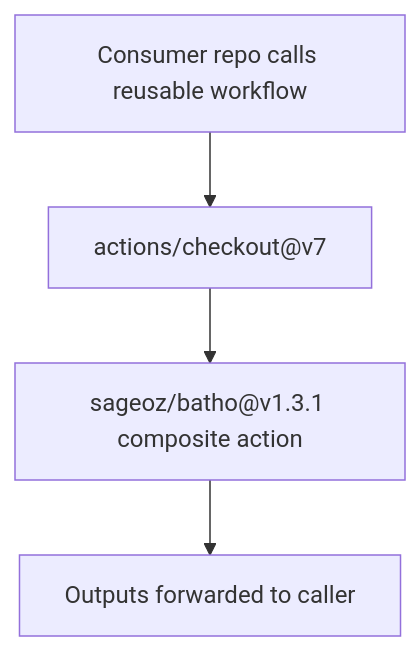
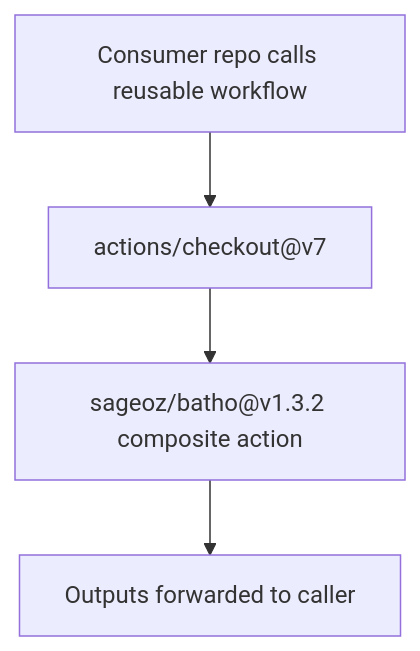
One commit to sageoz/Batho changed the diagram in docs-site/docs/cicd/reusable-workflow.md. Above: the diagram before and after it, drawn with Mermaid. The commit also changed other lines of this file and 22 other files, not shown here.

````diff
--- a/docs-site/docs/cicd/reusable-workflow.md
+++ b/docs-site/docs/cicd/reusable-workflow.md
@@ -7,6 +7,6 @@
 ```mermaid
 flowchart TD
     A["Consumer repo calls reusable workflow"] --> B["actions/checkout@v7"]
-    B --> C["sageoz/batho@v1.3.1 composite action"]
+    B --> C["sageoz/batho@v1.3.2 composite action"]
     C --> D["Outputs forwarded to caller"]
 ```
````
